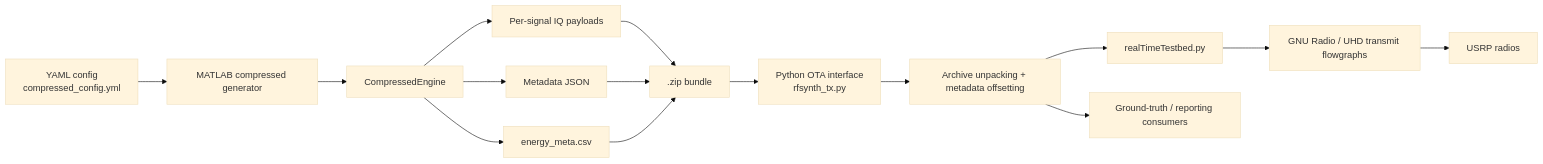
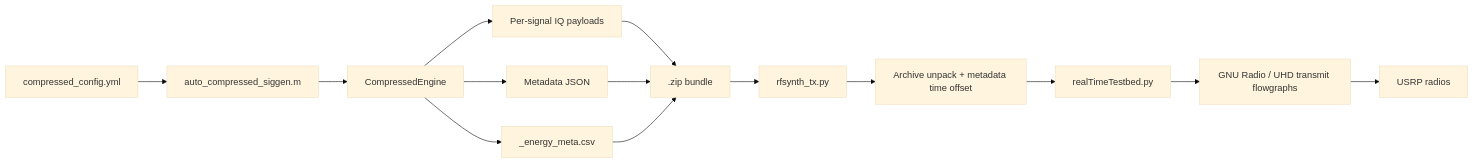
One commit to ucsdwcsng/rfsynth changed the second of 3 diagrams in README.md. Above: the diagram before and after it, drawn with Mermaid (base theme). The commit also changed other lines of this file and 315 other files, not shown here.

````diff
--- a/README.md
+++ b/README.md
@@ -201,18 +163,16 @@
 ```mermaid
 flowchart LR
-    A["YAML config<br/>compressed_config.yml"] --> B["MATLAB compressed generator"]
+    A["compressed_config.yml"] --> B["auto_compressed_siggen.m"]
     B --> C["CompressedEngine"]
     C --> D["Per-signal IQ payloads"]
     C --> E["Metadata JSON"]
-    C --> F["energy_meta.csv"]
+    C --> F["_energy_meta.csv"]
     D --> G[".zip bundle"]
     E --> G
     F --> G
-
-    G --> H["Python OTA interface<br/>rfsynth_tx.py"]
-    H --> I["Archive unpacking + metadata offsetting"]
+    G --> H["rfsynth_tx.py"]
+    H --> I["Archive unpack + metadata time offset"]
     I --> J["realTimeTestbed.py"]
     J --> K["GNU Radio / UHD transmit flowgraphs"]
     K --> L["USRP radios"]
-    I --> M["Ground-truth / reporting consumers"]
 ```
````
